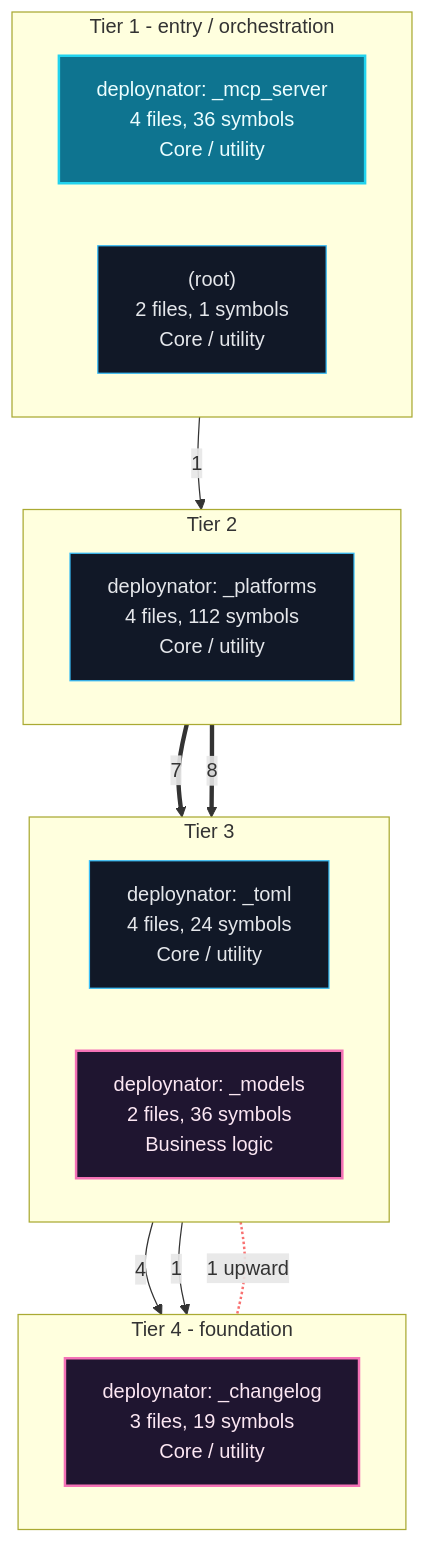
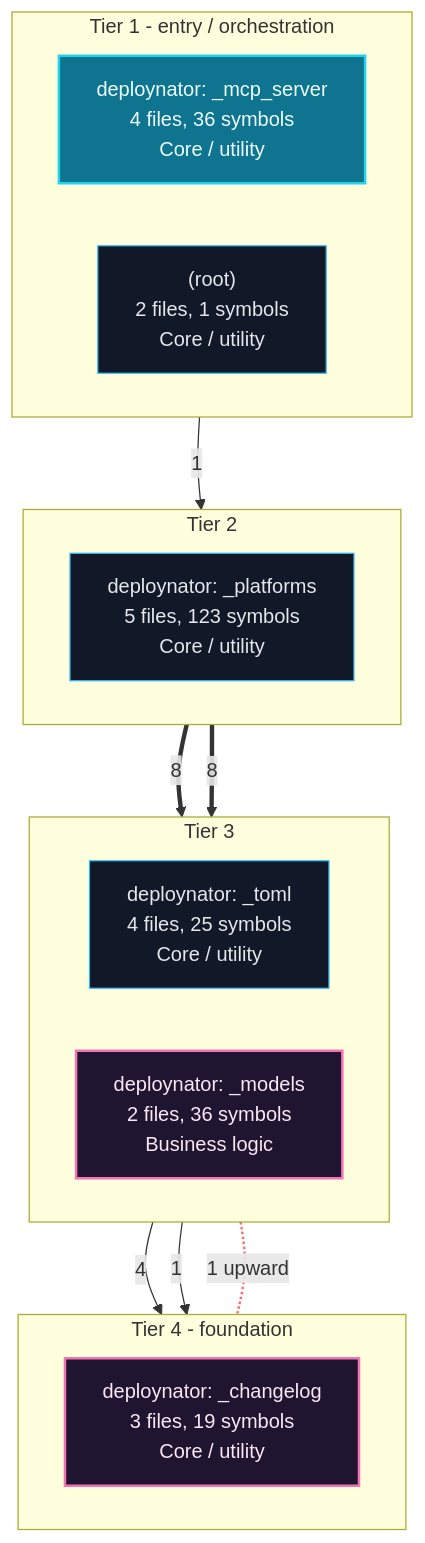
Before and after one commit to grisuno/deploynator: the first of 9 diagrams in readmenator-apidocs/architecture.md, drawn with Mermaid. The commit also changed other lines of this file and 120 other files, not shown here.

````diff
--- a/readmenator-apidocs/architecture.md
+++ b/readmenator-apidocs/architecture.md
@@ -11,34 +11,34 @@
 ```mermaid
 flowchart TB
     classDef cycle fill:#1f1530,stroke:#f472b6,color:#fce7f3,stroke-width:2px;
     classDef default fill:#111827,stroke:#38bdf8,color:#e5e7eb;
     classDef entry fill:#0e7490,stroke:#22d3ee,color:#ecfeff,stroke-width:2px;
     subgraph lane_0["Tier 1 - entry / orchestration"]
         direction LR
         n_c1["deploynator: _mcp_server<br/>4 files, 36 symbols<br/>Core / utility"]:::entry
         n_d__root_["(root)<br/>2 files, 1 symbols<br/>Core / utility"]:::default
     end
     subgraph lane_1["Tier 2"]
         direction LR
-        n_c4["deploynator: _platforms<br/>4 files, 112 symbols<br/>Core / utility"]:::default
+        n_c2["deploynator: _platforms<br/>5 files, 123 symbols<br/>Core / utility"]:::default
     end
     subgraph lane_2["Tier 3"]
         direction LR
-        n_c0["deploynator: _toml<br/>4 files, 24 symbols<br/>Core / utility"]:::default
-        n_c2["deploynator: _models<br/>2 files, 36 symbols<br/>Business logic"]:::cycle
+        n_c0["deploynator: _toml<br/>4 files, 25 symbols<br/>Core / utility"]:::default
+        n_c3["deploynator: _models<br/>2 files, 36 symbols<br/>Business logic"]:::cycle
     end
     subgraph lane_3["Tier 4 - foundation"]
         direction LR
-        n_c3["deploynator: _changelog<br/>3 files, 19 symbols<br/>Core / utility"]:::cycle
+        n_c4["deploynator: _changelog<br/>3 files, 19 symbols<br/>Core / utility"]:::cycle
     end
-    n_c0 -->|"4"| n_c3
-    n_c1 -->|"1"| n_c4
-    n_c2 -->|"1"| n_c3
-    n_c4 ==>|"7"| n_c0
-    n_c4 ==>|"8"| n_c2
-    n_c2 <-.-|"1 upward"| n_c3
+    n_c0 -->|"4"| n_c4
+    n_c1 -->|"1"| n_c2
+    n_c2 ==>|"8"| n_c0
+    n_c2 ==>|"8"| n_c3
+    n_c3 -->|"1"| n_c4
+    n_c3 <-.-|"1 upward"| n_c4
     linkStyle 5 stroke:#f87171,stroke-width:2px;
-    n_c1 ~~~ n_c4
-    n_c4 ~~~ n_c0
-    n_c0 ~~~ n_c3
+    n_c1 ~~~ n_c2
+    n_c2 ~~~ n_c0
+    n_c0 ~~~ n_c4
 ```
````
